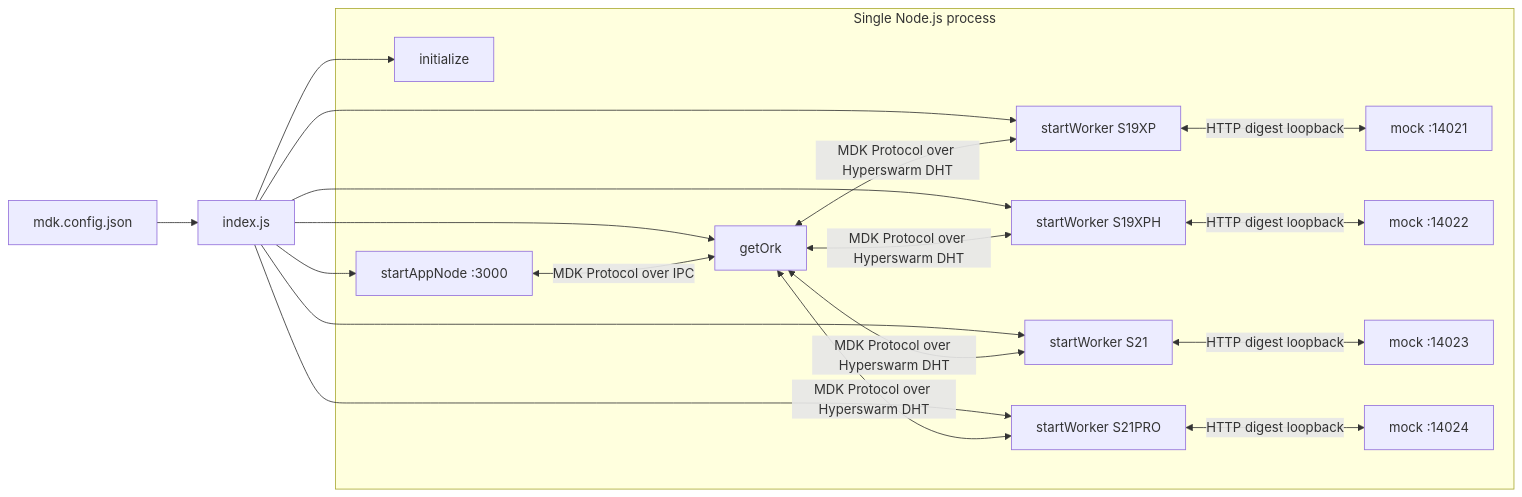
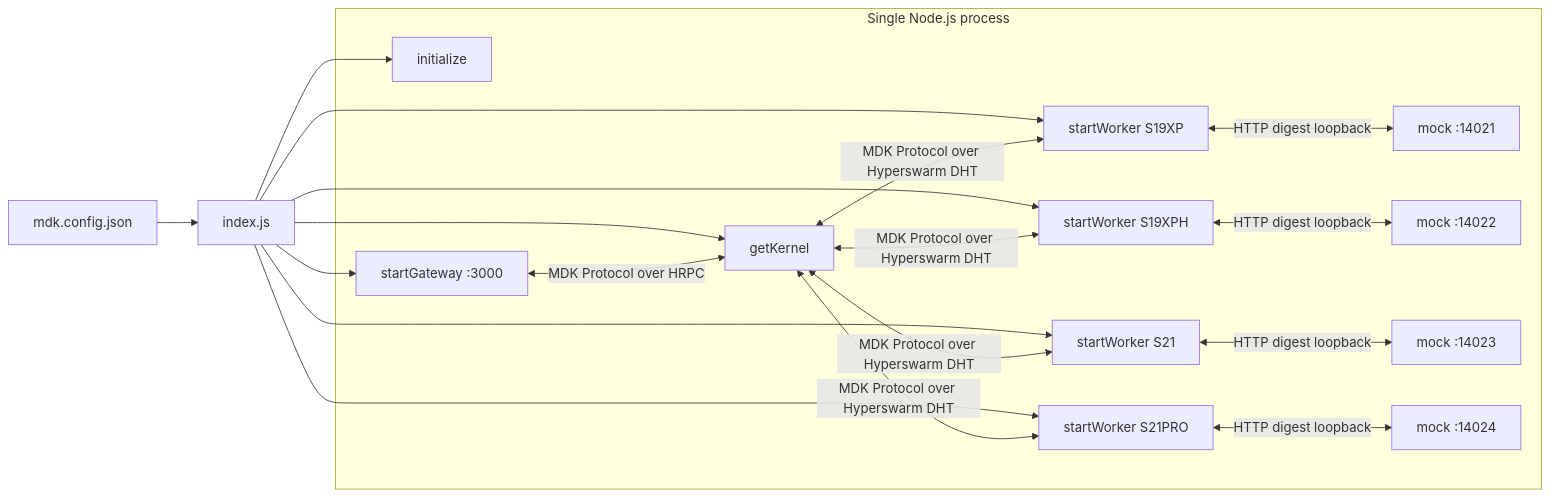
Before and after one commit to tetherto/mdk: the diagram in examples/backend/miners/antminer/README.md, drawn with Mermaid. The commit also changed other lines of this file and 4406 other files, not shown here.

````diff
--- a/examples/backend/miners/antminer/README.md
+++ b/examples/backend/miners/antminer/README.md
@@ -35,35 +35,35 @@
 ```mermaid
 flowchart LR
   Config[mdk.config.json] --> Index[index.js]
   Index --> Init[initialize]
-  Index --> Ork[getOrk]
-  Index --> AppNode[startAppNode :3000]
+  Index --> Kernel[getKernel]
+  Index --> Gateway[startGateway :3000]
   Index --> W1[startWorker S19XP]
   Index --> W2[startWorker S19XPH]
   Index --> W3[startWorker S21]
   Index --> W4[startWorker S21PRO]
 
   subgraph proc [Single Node.js process]
     Init
-    Ork
-    AppNode
+    Kernel
+    Gateway
     W1
     W2
     W3
     W4
     M1[mock :14021]
     M2[mock :14022]
     M3[mock :14023]
     M4[mock :14024]
   end
 
-  AppNode <-->|MDK Protocol over IPC| Ork
-  Ork <-->|MDK Protocol over Hyperswarm DHT| W1
-  Ork <-->|MDK Protocol over Hyperswarm DHT| W2
-  Ork <-->|MDK Protocol over Hyperswarm DHT| W3
-  Ork <-->|MDK Protocol over Hyperswarm DHT| W4
+  Gateway <-->|MDK Protocol over HRPC| Kernel
+  Kernel <-->|MDK Protocol over Hyperswarm DHT| W1
+  Kernel <-->|MDK Protocol over Hyperswarm DHT| W2
+  Kernel <-->|MDK Protocol over Hyperswarm DHT| W3
+  Kernel <-->|MDK Protocol over Hyperswarm DHT| W4
   W1 <-->|HTTP digest loopback| M1
   W2 <-->|HTTP digest loopback| M2
   W3 <-->|HTTP digest loopback| M3
   W4 <-->|HTTP digest loopback| M4
 ```
````
